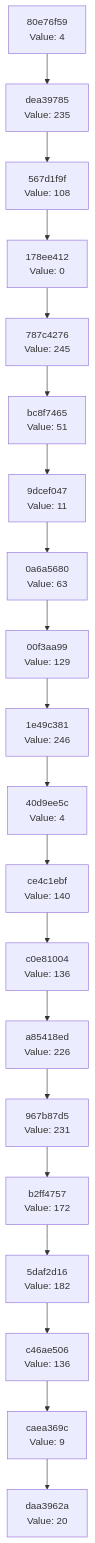
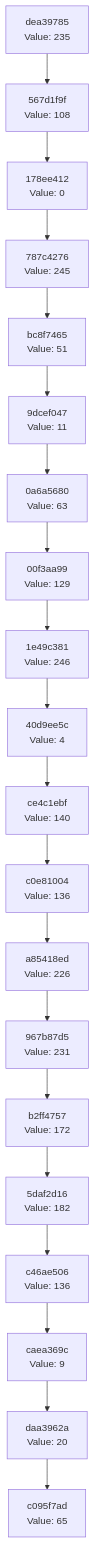
Before and after one commit to Abhisheksinha1506/hash-chain-evolver: the diagram in docs/CHAIN_VISUALIZATION.md, drawn with Mermaid. The commit also changed 2 other files, not shown here.

Commit message:
Evolution step: hash 0x41 → action executed

````diff
--- a/docs/CHAIN_VISUALIZATION.md
+++ b/docs/CHAIN_VISUALIZATION.md
@@ -3,42 +3,42 @@
 ```mermaid
 graph TD
-    C0["daa3962a<br/>Value: 20"]
-    C1["caea369c<br/>Value: 9"]
+    C0["c095f7ad<br/>Value: 65"]
+    C1["daa3962a<br/>Value: 20"]
     C1 --> C0
-    C2["c46ae506<br/>Value: 136"]
+    C2["caea369c<br/>Value: 9"]
     C2 --> C1
-    C3["5daf2d16<br/>Value: 182"]
+    C3["c46ae506<br/>Value: 136"]
     C3 --> C2
-    C4["b2ff4757<br/>Value: 172"]
+    C4["5daf2d16<br/>Value: 182"]
     C4 --> C3
-    C5["967b87d5<br/>Value: 231"]
+    C5["b2ff4757<br/>Value: 172"]
     C5 --> C4
-    C6["a85418ed<br/>Value: 226"]
+    C6["967b87d5<br/>Value: 231"]
     C6 --> C5
-    C7["c0e81004<br/>Value: 136"]
+    C7["a85418ed<br/>Value: 226"]
     C7 --> C6
-    C8["ce4c1ebf<br/>Value: 140"]
+    C8["c0e81004<br/>Value: 136"]
     C8 --> C7
-    C9["40d9ee5c<br/>Value: 4"]
+    C9["ce4c1ebf<br/>Value: 140"]
     C9 --> C8
-    C10["1e49c381<br/>Value: 246"]
+    C10["40d9ee5c<br/>Value: 4"]
     C10 --> C9
-    C11["00f3aa99<br/>Value: 129"]
+    C11["1e49c381<br/>Value: 246"]
     C11 --> C10
-    C12["0a6a5680<br/>Value: 63"]
+    C12["00f3aa99<br/>Value: 129"]
     C12 --> C11
-    C13["9dcef047<br/>Value: 11"]
+    C13["0a6a5680<br/>Value: 63"]
     C13 --> C12
-    C14["bc8f7465<br/>Value: 51"]
+    C14["9dcef047<br/>Value: 11"]
     C14 --> C13
-    C15["787c4276<br/>Value: 245"]
+    C15["bc8f7465<br/>Value: 51"]
     C15 --> C14
-    C16["178ee412<br/>Value: 0"]
+    C16["787c4276<br/>Value: 245"]
     C16 --> C15
-    C17["567d1f9f<br/>Value: 108"]
+    C17["178ee412<br/>Value: 0"]
     C17 --> C16
-    C18["dea39785<br/>Value: 235"]
+    C18["567d1f9f<br/>Value: 108"]
     C18 --> C17
-    C19["80e76f59<br/>Value: 4"]
+    C19["dea39785<br/>Value: 235"]
     C19 --> C18
 ```
````
